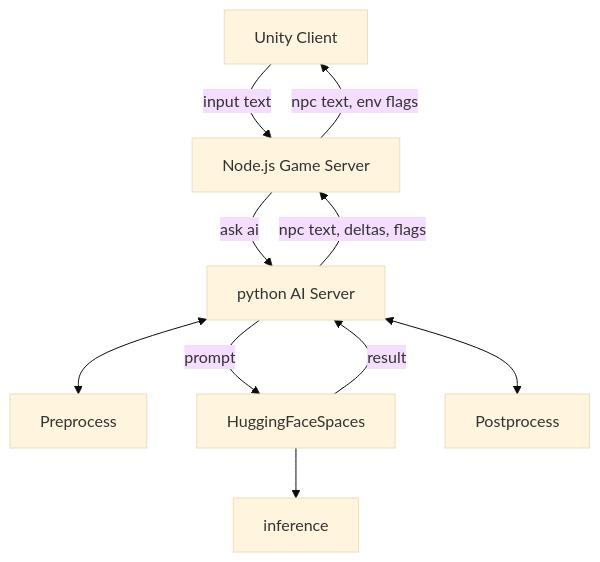
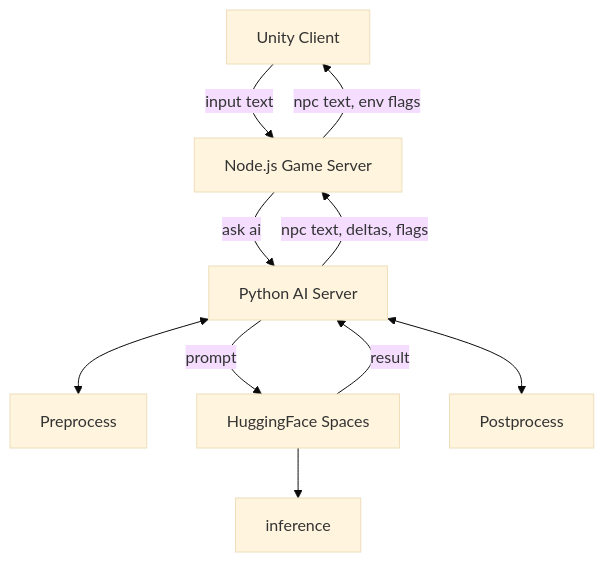
One commit to m97j/persona-chat-engine changed the second of 3 diagrams in README.md. Above: the diagram before and after it, drawn with Mermaid (base theme). The commit also changed other lines of this file, not shown here.

````diff
--- a/README.md
+++ b/README.md
@@ -47,12 +59,12 @@
 ```mermaid
 graph TD
 Client[Unity Client] --input text--> GameServer[Node.js Game Server]
-GameServer[Node.js Game Server] --ask ai--> AIServer[python AI Server]
-AIServer[python AI Server] <--> Preprocess
-AIServer[python AI Server] --prompt--> HF-Serve[HuggingFaceSpaces]
-HF-Serve[HuggingFaceSpaces] --> inference
-HF-Serve[HuggingFaceSpaces] --result--> AIServer[python AI Server]
-AIServer[python AI Server] <--> Postprocess
-AIServer[python AI Server] --npc text, deltas, flags--> GameServer[Node.js Game Server]
-GameServer[Node.js Game Server] --npc text, env flags--> Client[Unity Client]
+GameServer --ask ai--> AIServer[Python AI Server]
+AIServer <--> Preprocess
+AIServer --prompt--> HFServe[HuggingFace Spaces]
+HFServe --> inference
+HFServe --result--> AIServer
+AIServer <--> Postprocess
+AIServer --npc text, deltas, flags--> GameServer
+GameServer --npc text, env flags--> Client
 ```
````
